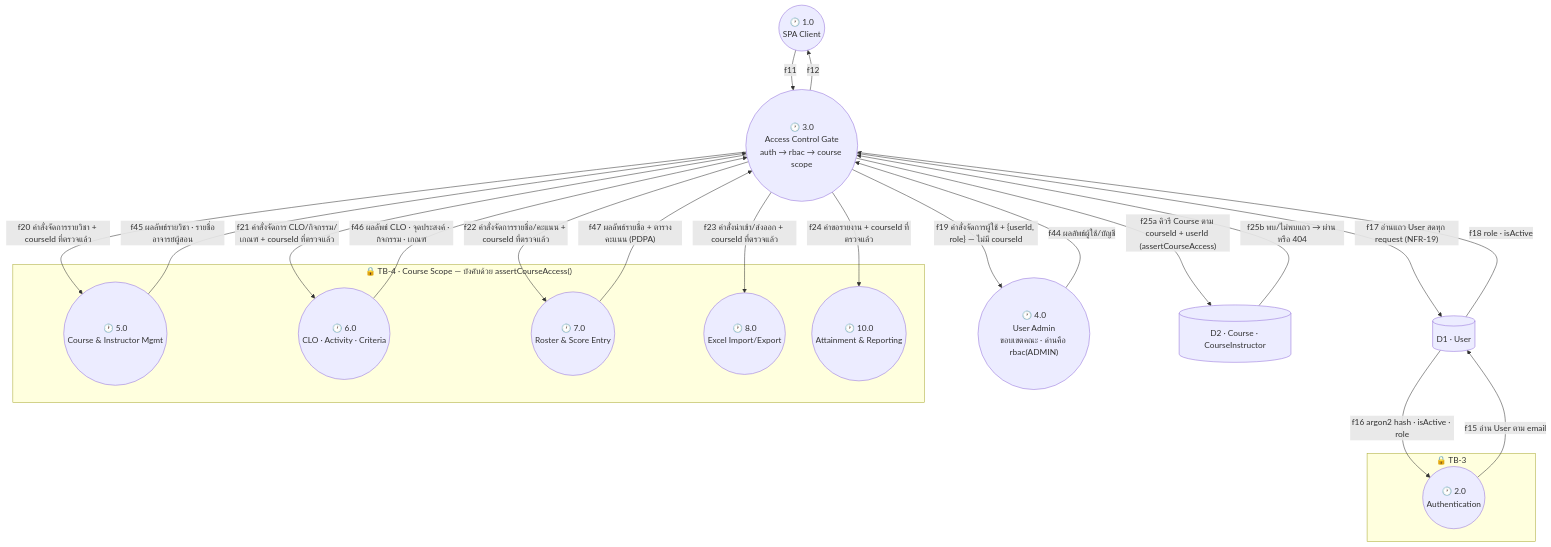
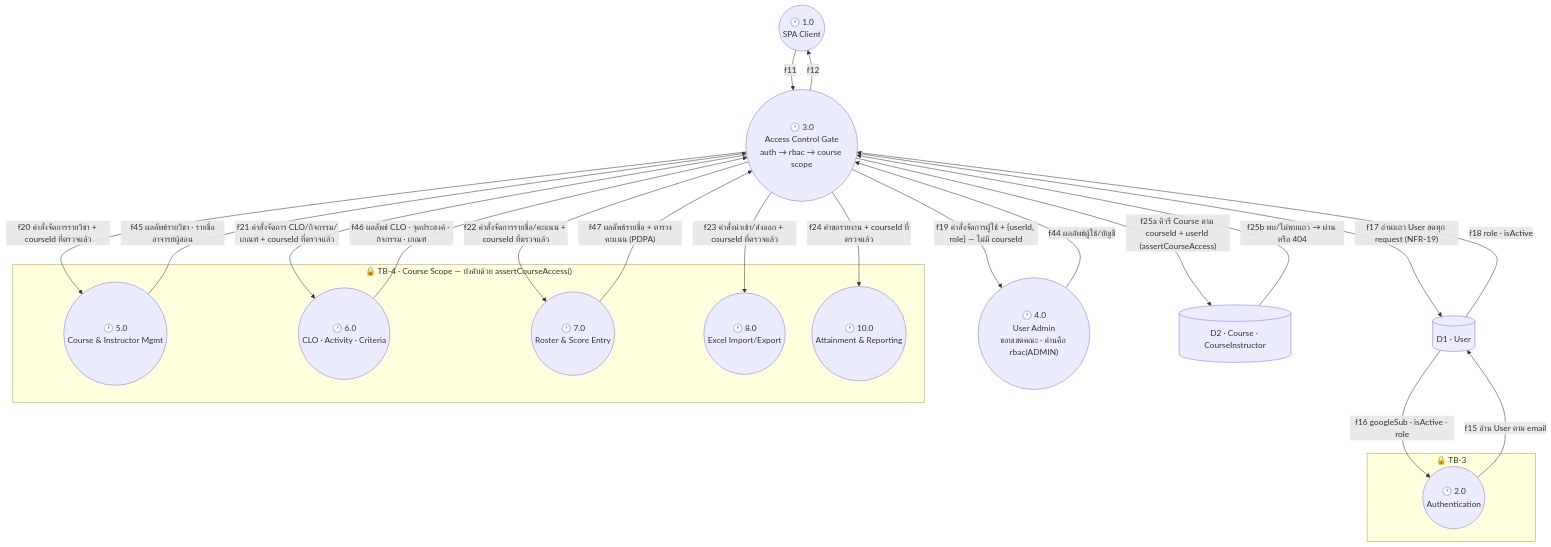
The fourth of 8 diagrams in docs/markdown/dev/architecture/dfd.md (SIET-KMITL-INCEPTIO/CMAS-CLO), drawn with Mermaid before and after one commit. The commit also changed other lines of this file and 30 other files, not shown here.

````diff
--- a/docs/markdown/dev/architecture/dfd.md
+++ b/docs/markdown/dev/architecture/dfd.md
@@ -343,45 +342,45 @@
 ```mermaid
 flowchart TB
     P1b(("🕐 1.0<br/>SPA Client"))
 
     subgraph TB3b ["🔒 TB-3"]
         P2b(("🕐 2.0<br/>Authentication"))
     end
 
     P3(("🕐 3.0<br/>Access Control Gate<br/>auth → rbac → course scope"))
 
     P4(("🕐 4.0<br/>User Admin<br/>ขอบเขตคณะ · ด่านคือ rbac(ADMIN)"))
 
     subgraph TB4 ["🔒 TB-4 · Course Scope — บังคับด้วย assertCourseAccess()"]
         P5(("🕐 5.0<br/>Course & Instructor Mgmt"))
         P6(("🕐 6.0<br/>CLO · Activity · Criteria"))
         P7(("🕐 7.0<br/>Roster & Score Entry"))
         P8(("🕐 8.0<br/>Excel Import/Export"))
         P10(("🕐 10.0<br/>Attainment & Reporting"))
     end
 
     DS1[("D1 · User")]
     DS2[("D2 · Course · CourseInstructor")]
 
     P1b -- "f11" --> P3
     P3  -- "f12" --> P1b
 
     P2b -- "f15 อ่าน User ตาม email" --> DS1
-    DS1 -- "f16 argon2 hash · isActive · role" --> P2b
+    DS1 -- "f16 googleSub · isActive · role" --> P2b
     P3  -- "f17 อ่านแถว User สดทุก request (NFR-19)" --> DS1
     DS1 -- "f18 role · isActive" --> P3
 
     P3 -- "f19 คำสั่งจัดการผู้ใช้ + {userId, role} — ไม่มี courseId" --> P4
     P3 -- "f20 คำสั่งจัดการรายวิชา + courseId ที่ตรวจแล้ว" --> P5
     P3 -- "f21 คำสั่งจัดการ CLO/กิจกรรม/เกณฑ์ + courseId ที่ตรวจแล้ว" --> P6
     P3 -- "f22 คำสั่งจัดการรายชื่อ/คะแนน + courseId ที่ตรวจแล้ว" --> P7
     P3 -- "f23 คำสั่งนำเข้า/ส่งออก + courseId ที่ตรวจแล้ว" --> P8
     P3 -- "f24 คำขอรายงาน + courseId ที่ตรวจแล้ว" --> P10
     P3 -- "f25a คิวรี Course ตาม courseId + userId (assertCourseAccess)" --> DS2
     DS2 -- "f25b พบ/ไม่พบแถว → ผ่าน หรือ 404" --> P3
 
     P4  -- "f44 ผลลัพธ์ผู้ใช้/บัญชี" --> P3
     P5  -- "f45 ผลลัพธ์รายวิชา · รายชื่ออาจารย์ผู้สอน" --> P3
     P6  -- "f46 ผลลัพธ์ CLO · จุดประสงค์ · กิจกรรม · เกณฑ์" --> P3
     P7  -- "f47 ผลลัพธ์รายชื่อ + ตารางคะแนน (PDPA)" --> P3
 ```
````
